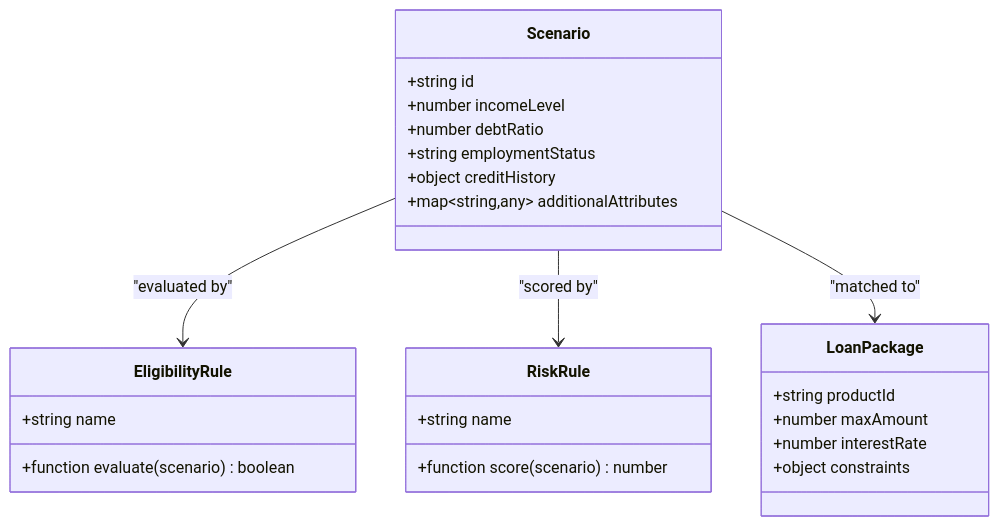
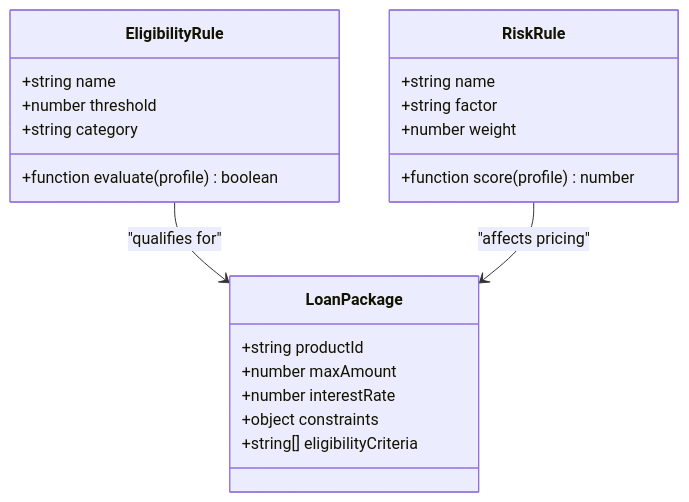
One commit to alibaba-hackathon-fsi/frontend-vaya changed the third of 7 diagrams in .qoder/repowiki/en/content/Data Management/Scenarios Management.md. Above: the diagram before and after it, drawn with Mermaid. The commit also changed other lines of this file and 36 other files, not shown here.

````diff
--- a/.qoder/repowiki/en/content/Data Management/Scenarios Management.md
+++ b/.qoder/repowiki/en/content/Data Management/Scenarios Management.md
@@ -153,28 +136,24 @@
 ```mermaid
 classDiagram
-class Scenario {
-+string id
-+number incomeLevel
-+number debtRatio
-+string employmentStatus
-+object creditHistory
-+map~string,any~ additionalAttributes
-}
 class EligibilityRule {
 +string name
-+function evaluate(scenario) boolean
++function evaluate(profile) boolean
++number threshold
++string category
 }
 class RiskRule {
 +string name
-+function score(scenario) number
++function score(profile) number
++string factor
++number weight
 }
 class LoanPackage {
 +string productId
 +number maxAmount
 +number interestRate
 +object constraints
++string[] eligibilityCriteria
 }
-Scenario --> EligibilityRule : "evaluated by"
-Scenario --> RiskRule : "scored by"
-Scenario --> LoanPackage : "matched to"
+EligibilityRule --> LoanPackage : "qualifies for"
+RiskRule --> LoanPackage : "affects pricing"
 ```
````
